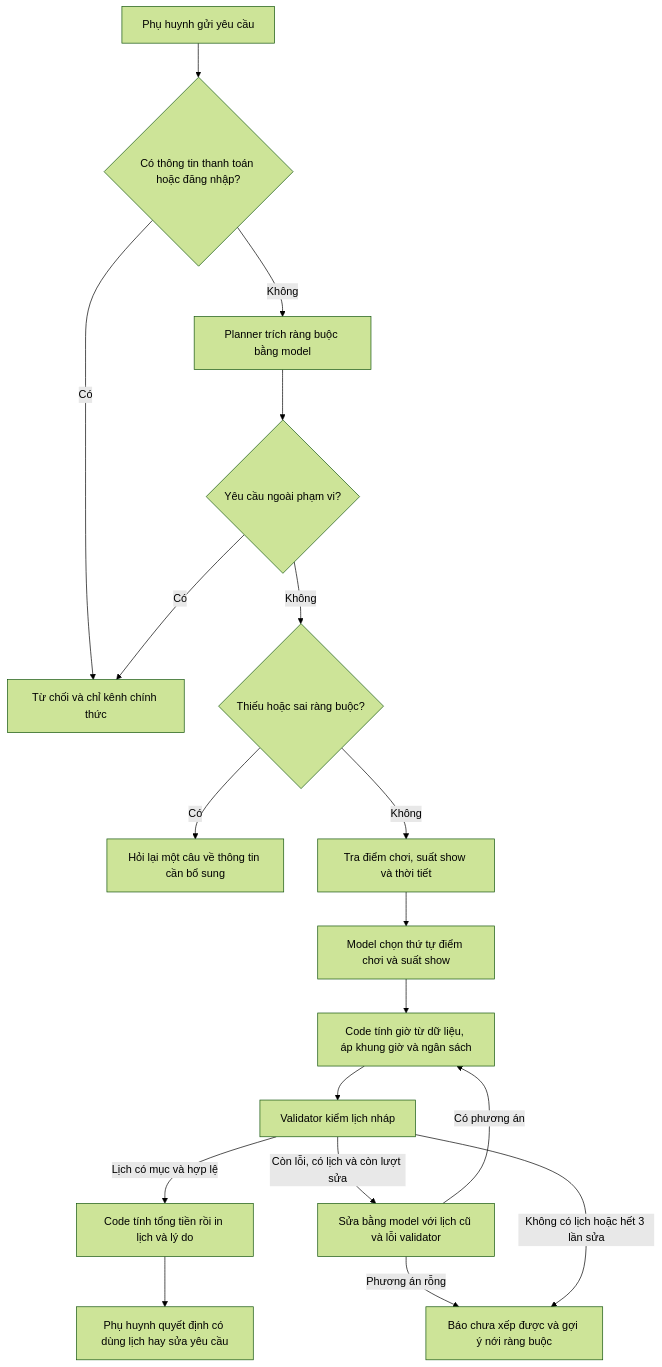
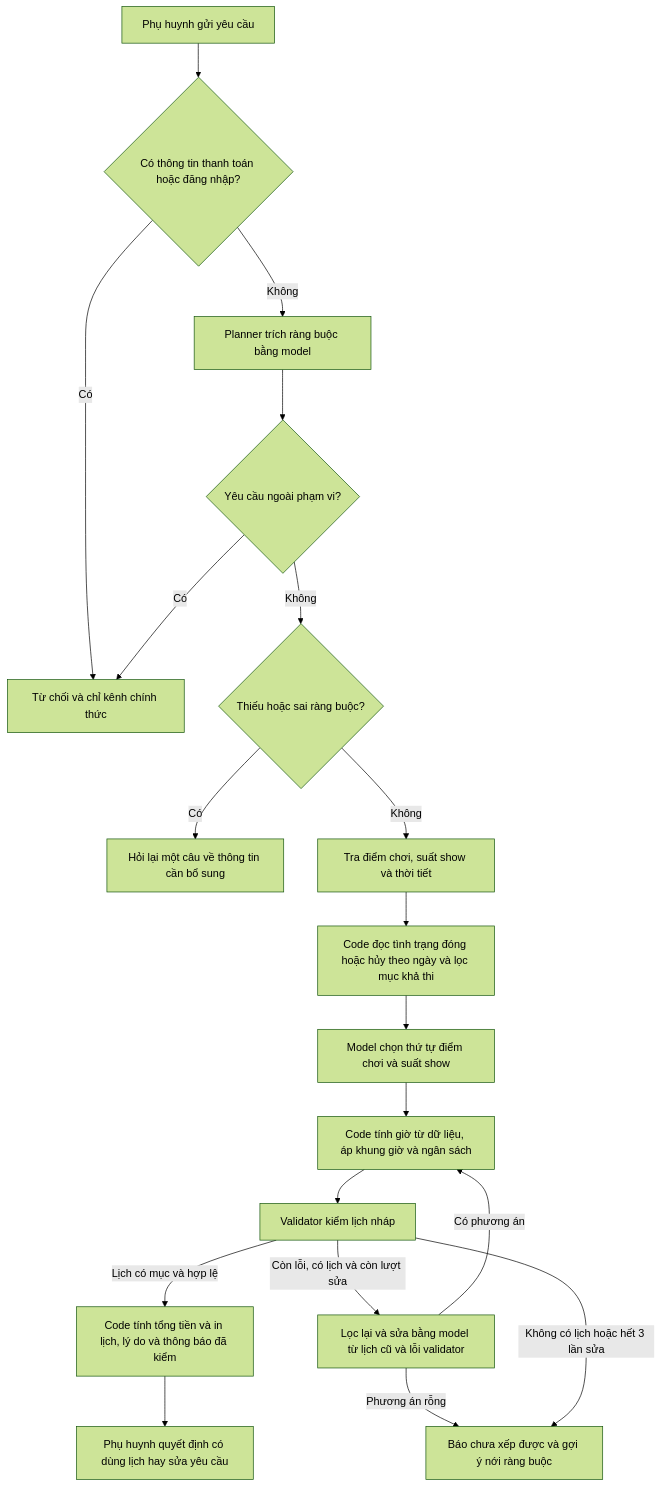
The diagram in spec.md (tuancui0/K5-Day15-L3A-KKK), drawn with Mermaid (forest theme) before and after one commit. The commit also changed other lines of this file, not shown here.

Commit message:
CP3 Bước 7: cập nhật thiết kế theo phiên bản run-1

````diff
--- a/spec.md
+++ b/spec.md
@@ -55,20 +55,21 @@
 ```mermaid
 flowchart TD
     A[Phụ huynh gửi yêu cầu] --> B{Có thông tin thanh toán hoặc đăng nhập?}
     B -->|Có| X[Từ chối và chỉ kênh chính thức]
     B -->|Không| C[Planner trích ràng buộc bằng model]
     C --> D{Yêu cầu ngoài phạm vi?}
     D -->|Có| X
     D -->|Không| E{Thiếu hoặc sai ràng buộc?}
     E -->|Có| H[Hỏi lại một câu về thông tin cần bổ sung]
     E -->|Không| F[Tra điểm chơi, suất show và thời tiết]
-    F --> G[Model chọn thứ tự điểm chơi và suất show]
+    F --> P[Code đọc tình trạng đóng hoặc hủy theo ngày và lọc mục khả thi]
+    P --> G[Model chọn thứ tự điểm chơi và suất show]
     G --> I[Code tính giờ từ dữ liệu, áp khung giờ và ngân sách]
     I --> J[Validator kiểm lịch nháp]
-    J -->|Lịch có mục và hợp lệ| K[Code tính tổng tiền rồi in lịch và lý do]
-    J -->|Còn lỗi, có lịch và còn lượt sửa| L[Sửa bằng model với lịch cũ và lỗi validator]
+    J -->|Lịch có mục và hợp lệ| K[Code tính tổng tiền và in lịch, lý do và thông báo đã kiểm]
+    J -->|Còn lỗi, có lịch và còn lượt sửa| L[Lọc lại và sửa bằng model từ lịch cũ và lỗi validator]
     L -->|Có phương án| I
     L -->|Phương án rỗng| N[Báo chưa xếp được và gợi ý nới ràng buộc]
     J -->|Không có lịch hoặc hết 3 lần sửa| N
     K --> M[Phụ huynh quyết định có dùng lịch hay sửa yêu cầu]
 ```
````
